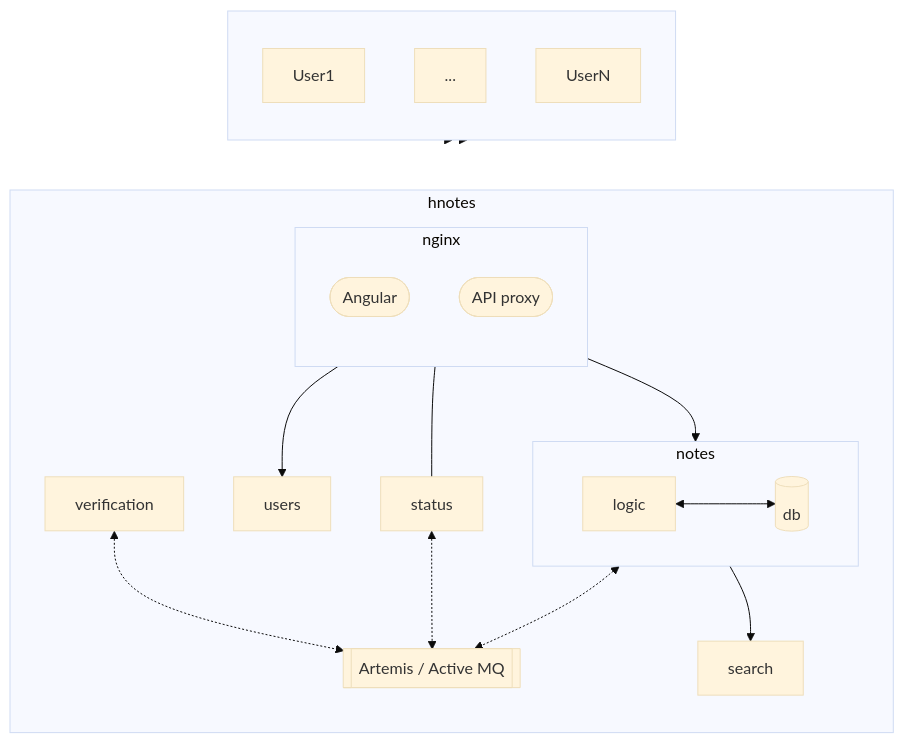
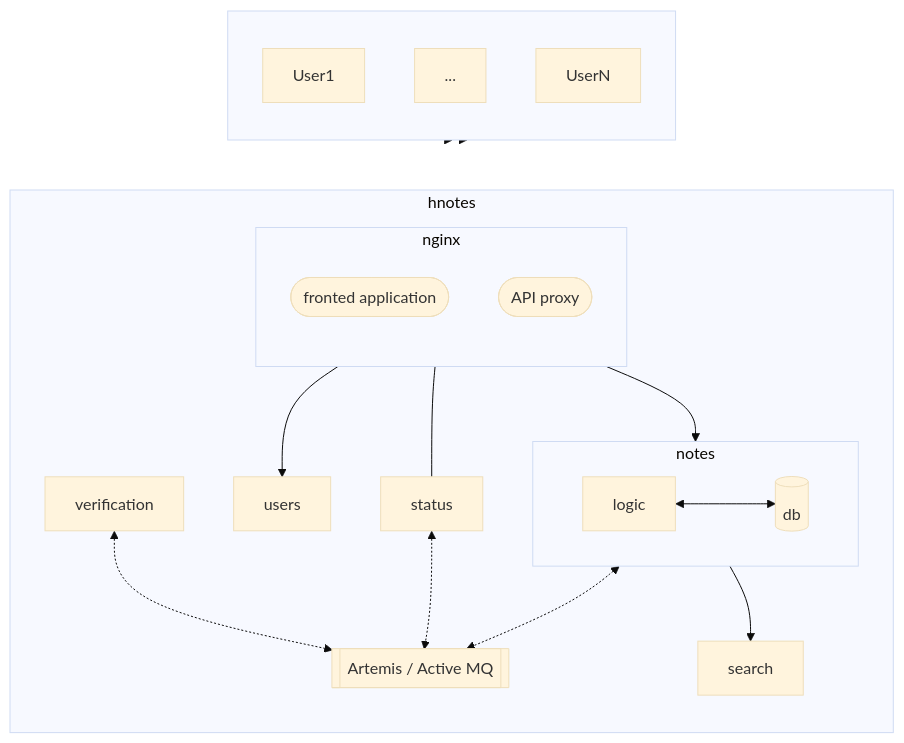
One commit to mateusz-holenko/hnotes changed the diagram in README.md. Above: the diagram before and after it, drawn with Mermaid (base theme). The commit also changed other lines of this file, not shown here.

````diff
--- a/README.md
+++ b/README.md
@@ -19,42 +20,44 @@
 ```mermaid
 
 flowchart TB
   direction TB
   subgraph WORLD[" "]
     direction TB
     U1["User1"]
     U2["..."]
     UN["UserN"]
   end
   subgraph HN["hnotes"]
     direction TB
     subgraph NG["nginx"]
         direction TB
-        Angular(["Angular"])
+        Angular(["fronted application"])
         API(["API proxy"])
     end
     US["users"]
     ST["status"]
     VE["verification"]
     SE["search"]
     subgraph NO["notes"]
         direction LR
         logic <--> db[("db")]
     end
 
     BR[["Artemis / Active MQ"]]
 
     API --> NO
     API --> US
 
     NO --> SE
     
     NO <-.-> BR
     VE <-.-> BR
     ST <-.-> BR 
    end
 
   U1 --> NG
   UN --> NG
   NG --- ST
+
+  click Angular "https://github.com/mateusz-holenko/hnotes/tree/readme/frontend" "Frontend application source code"
 ```
````
